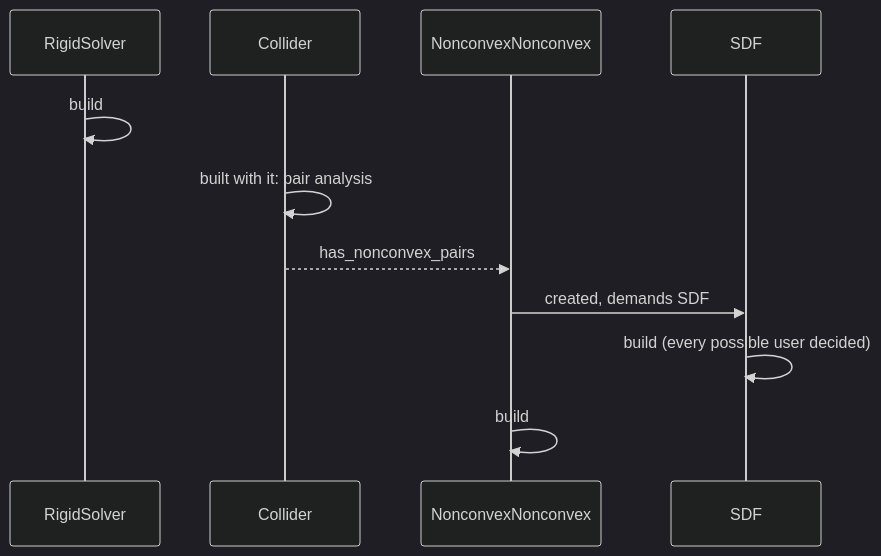
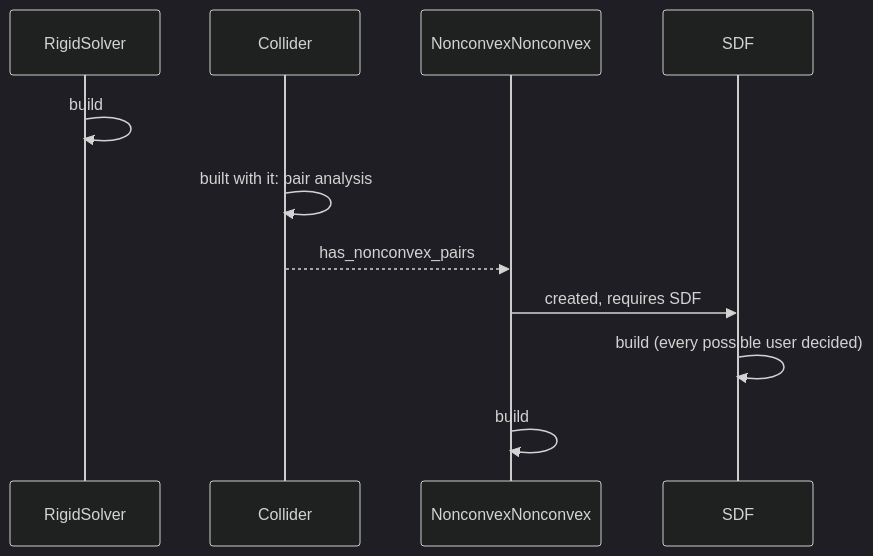
The tenth of 12 diagrams in .github/contributing/PIPELINE.md (duburcqa/Genesis), drawn with Mermaid (dark theme) before and after one commit. The commit also changed other lines of this file and 24 other files, not shown here.

````diff
--- a/.github/contributing/PIPELINE.md
+++ b/.github/contributing/PIPELINE.md
@@ -413,13 +419,13 @@
 ```mermaid
 sequenceDiagram
     participant Rigid as RigidSolver
     participant Col as Collider
     participant NC as NonconvexNonconvex
     participant SDF
     Rigid->>Rigid: build
     Col->>Col: built with it: pair analysis
     Col-->>NC: has_nonconvex_pairs
-    NC->>SDF: created, demands SDF
+    NC->>SDF: created, requires SDF
     SDF->>SDF: build (every possible user decided)
     NC->>NC: build
 ```
````
